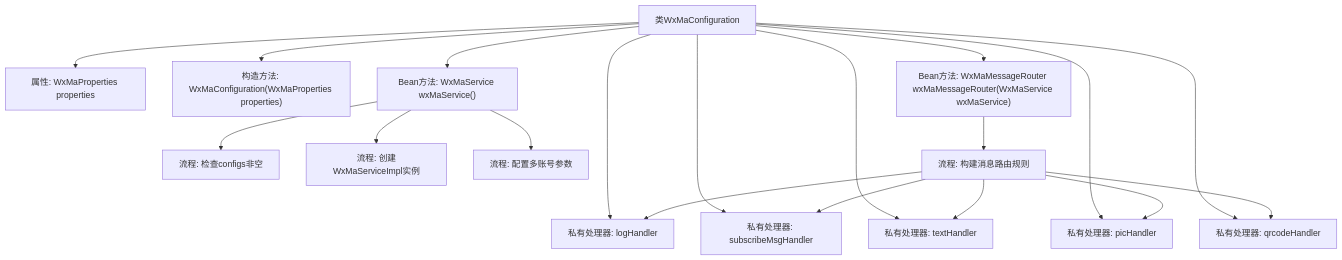
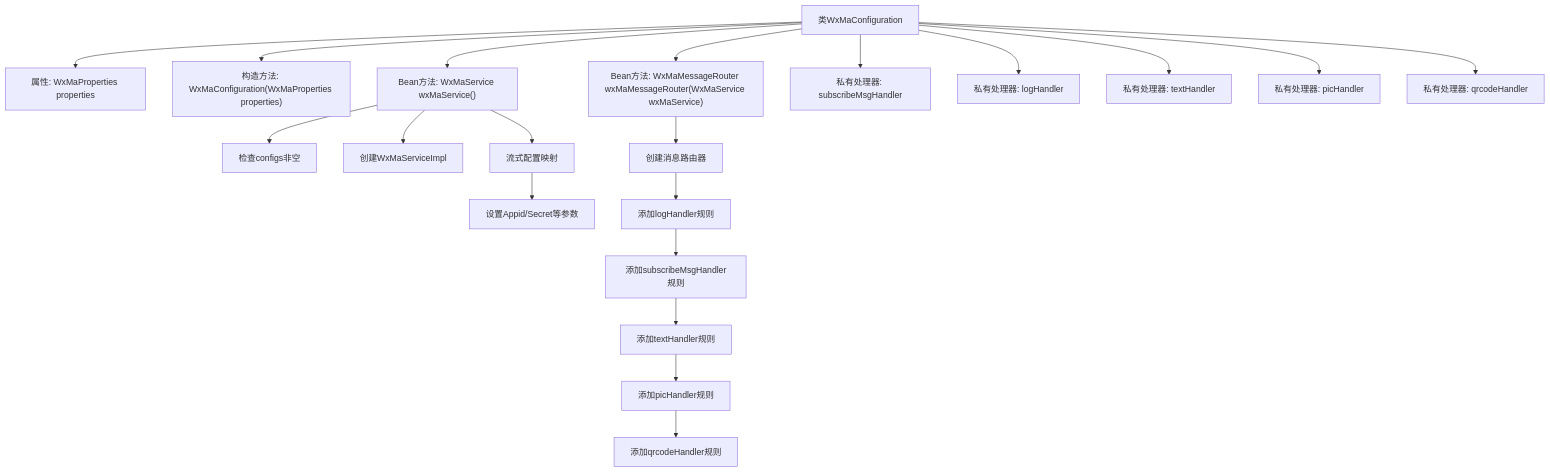
One commit to v-wjrong/rongwj666_weixin-java-miniapp-demo changed the second of 2 diagrams in docs/zh/docs/src/main/java/com/github/binarywang/demo/wx/miniapp/config/WxMaConfiguration.md. Above: the diagram before and after it, drawn with Mermaid. The commit also changed other lines of this file and 46 other files, not shown here.

````diff
--- a/docs/zh/docs/src/main/java/com/github/binarywang/demo/wx/miniapp/config/WxMaConfiguration.md
+++ b/docs/zh/docs/src/main/java/com/github/binarywang/demo/wx/miniapp/config/WxMaConfiguration.md
@@ -111,36 +112,35 @@
 ```mermaid
 graph TD
     A["类WxMaConfiguration"]
     B["属性: WxMaProperties properties"]
     C["构造方法: WxMaConfiguration(WxMaProperties properties)"]
     D["Bean方法: WxMaService wxMaService()"]
     E["Bean方法: WxMaMessageRouter wxMaMessageRouter(WxMaService wxMaService)"]
     F["私有处理器: subscribeMsgHandler"]
     G["私有处理器: logHandler"]
     H["私有处理器: textHandler"]
     I["私有处理器: picHandler"]
     J["私有处理器: qrcodeHandler"]
-    K["流程: 检查configs非空"]
-    L["流程: 创建WxMaServiceImpl实例"]
-    M["流程: 配置多账号参数"]
-    N["流程: 构建消息路由规则"]
 
     A --> B
     A --> C
     A --> D
     A --> E
     A --> F
     A --> G
     A --> H
     A --> I
     A --> J
-    D --> K
-    D --> L
-    D --> M
-    E --> N
-    N --> G
-    N --> F
-    N --> H
-    N --> I
-    N --> J
+
+    D --> D1["检查configs非空"]
+    D --> D2["创建WxMaServiceImpl"]
+    D --> D3["流式配置映射"]
+    D3 --> D3a["设置Appid/Secret等参数"]
+
+    E --> E1["创建消息路由器"]
+    E1 --> E1a["添加logHandler规则"]
+    E1a --> E1b["添加subscribeMsgHandler规则"]
+    E1b --> E1c["添加textHandler规则"]
+    E1c --> E1d["添加picHandler规则"]
+    E1d --> E1e["添加qrcodeHandler规则"]
 ```
````
